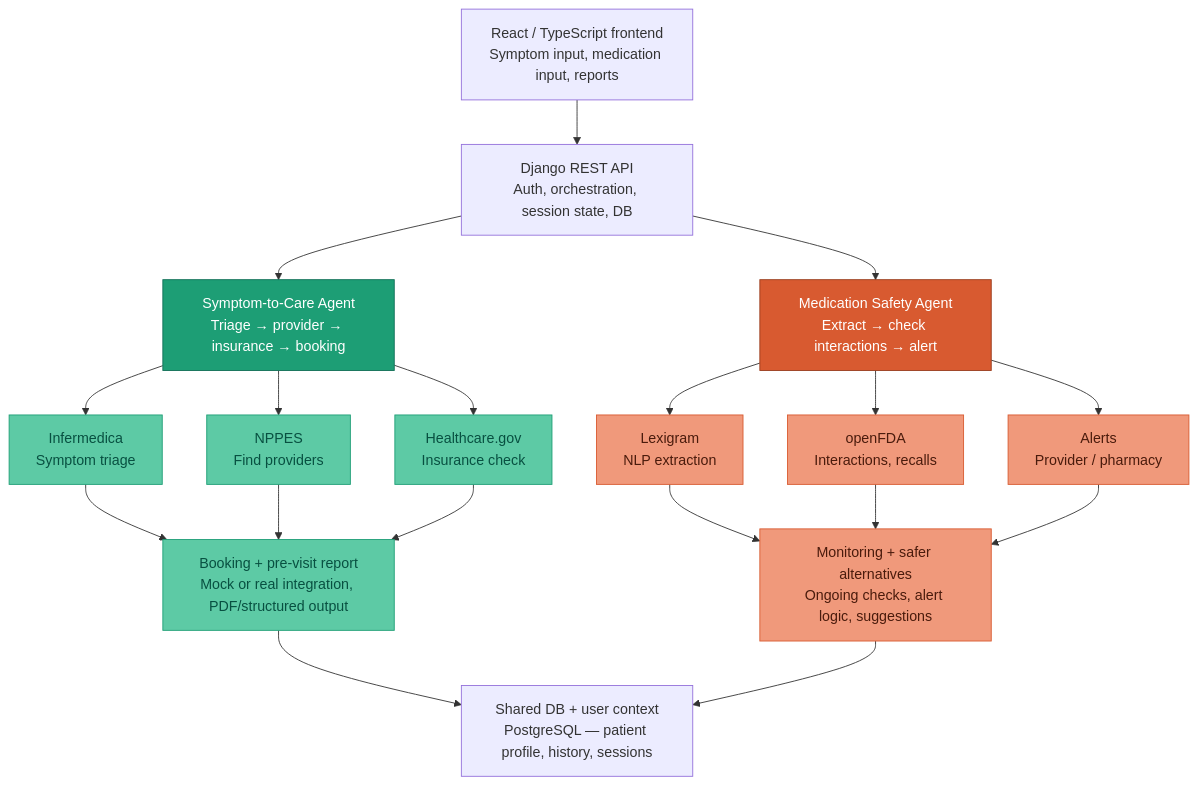
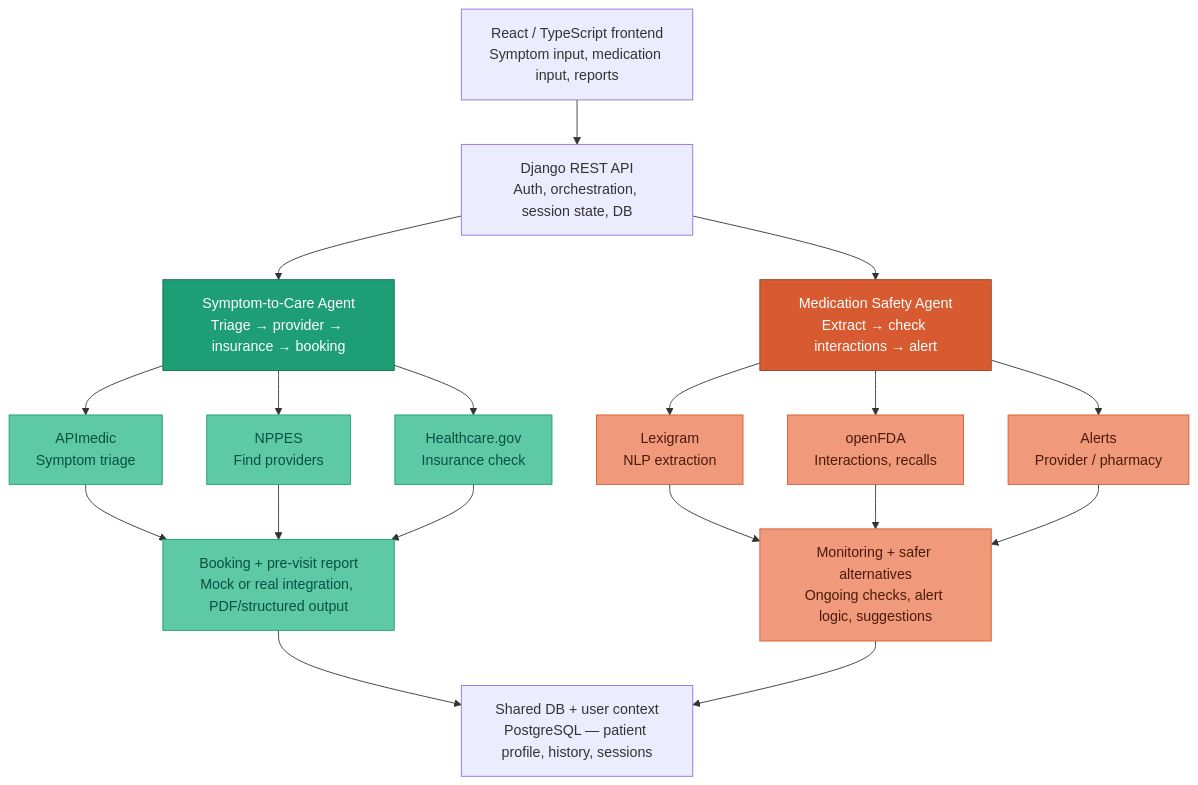
The diagram in docs/architecture.md (HealthAgentO1/HealthAgent), drawn with Mermaid before and after one commit. The commit also changed 2 other files, not shown here.

Commit message:
refactor: replace Infermedica with APImedic across documentation and project plans

````diff
--- a/docs/architecture.md
+++ b/docs/architecture.md
@@ -3,37 +3,37 @@
 ```mermaid
 flowchart TD
     FE["React / TypeScript frontend\nSymptom input, medication input, reports"]
     API["Django REST API\nAuth, orchestration, session state, DB"]
 
     FE --> API
 
     API --> S1["Symptom-to-Care Agent\nTriage → provider → insurance → booking"]
     API --> S2["Medication Safety Agent\nExtract → check interactions → alert"]
 
-    S1 --> A1["Infermedica\nSymptom triage"]
+    S1 --> A1["APImedic\nSymptom triage"]
     S1 --> A2["NPPES\nFind providers"]
     S1 --> A3["Healthcare.gov\nInsurance check"]
 
     A1 & A2 & A3 --> B1["Booking + pre-visit report\nMock or real integration, PDF/structured output"]
 
     S2 --> B2["Lexigram\nNLP extraction"]
     S2 --> B3["openFDA\nInteractions, recalls"]
     S2 --> B4["Alerts\nProvider / pharmacy"]
 
     B2 & B3 & B4 --> C1["Monitoring + safer alternatives\nOngoing checks, alert logic, suggestions"]
 
     B1 --> DB["Shared DB + user context\nPostgreSQL — patient profile, history, sessions"]
     C1 --> DB
 
     style S1 fill:#1D9E75,color:#fff,stroke:#0F6E56
     style A1 fill:#5DCAA5,color:#085041,stroke:#1D9E75
     style A2 fill:#5DCAA5,color:#085041,stroke:#1D9E75
     style A3 fill:#5DCAA5,color:#085041,stroke:#1D9E75
     style B1 fill:#5DCAA5,color:#085041,stroke:#1D9E75
 
     style S2 fill:#D85A30,color:#fff,stroke:#993C1D
     style B2 fill:#F0997B,color:#4A1B0C,stroke:#D85A30
     style B3 fill:#F0997B,color:#4A1B0C,stroke:#D85A30
     style B4 fill:#F0997B,color:#4A1B0C,stroke:#D85A30
     style C1 fill:#F0997B,color:#4A1B0C,stroke:#D85A30
 ```
````
